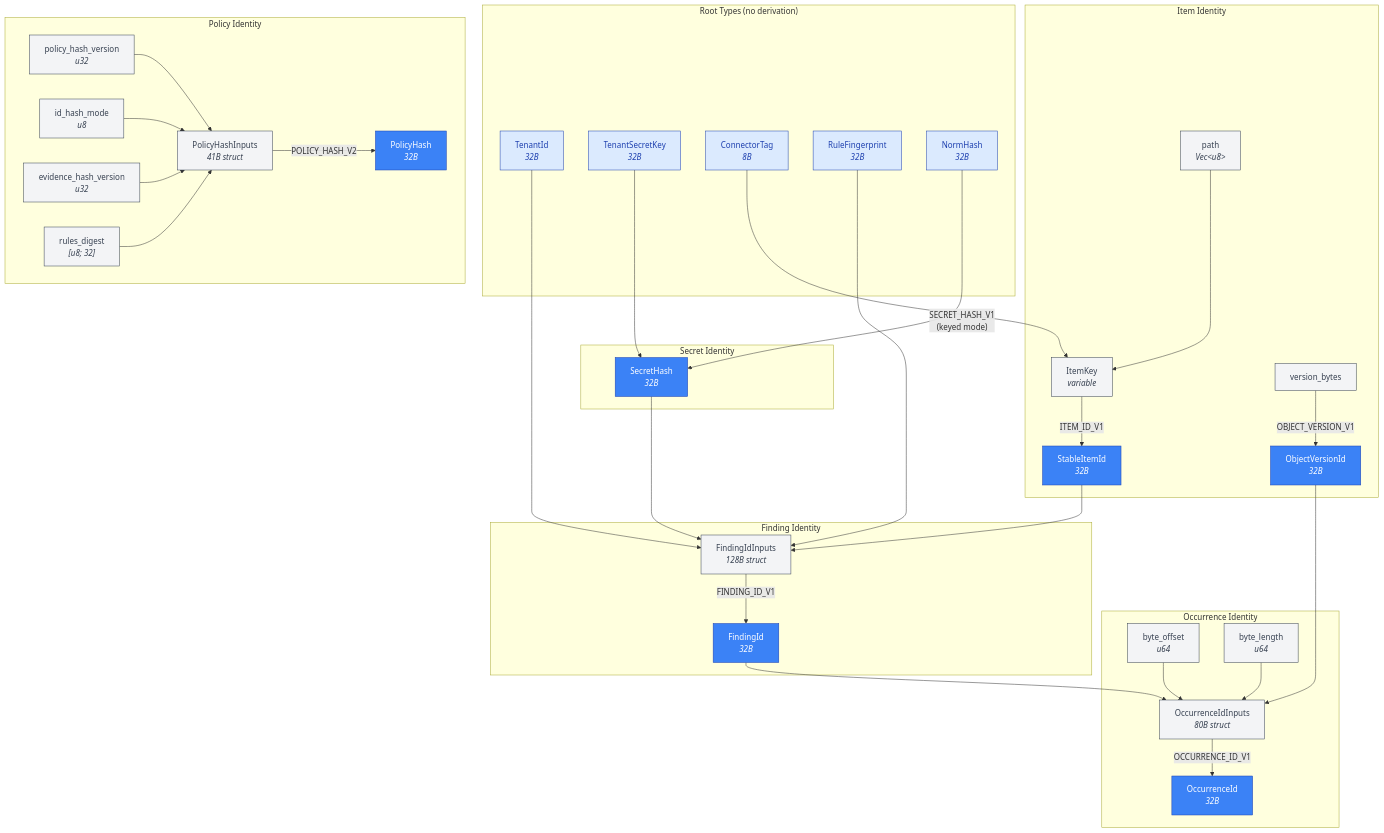
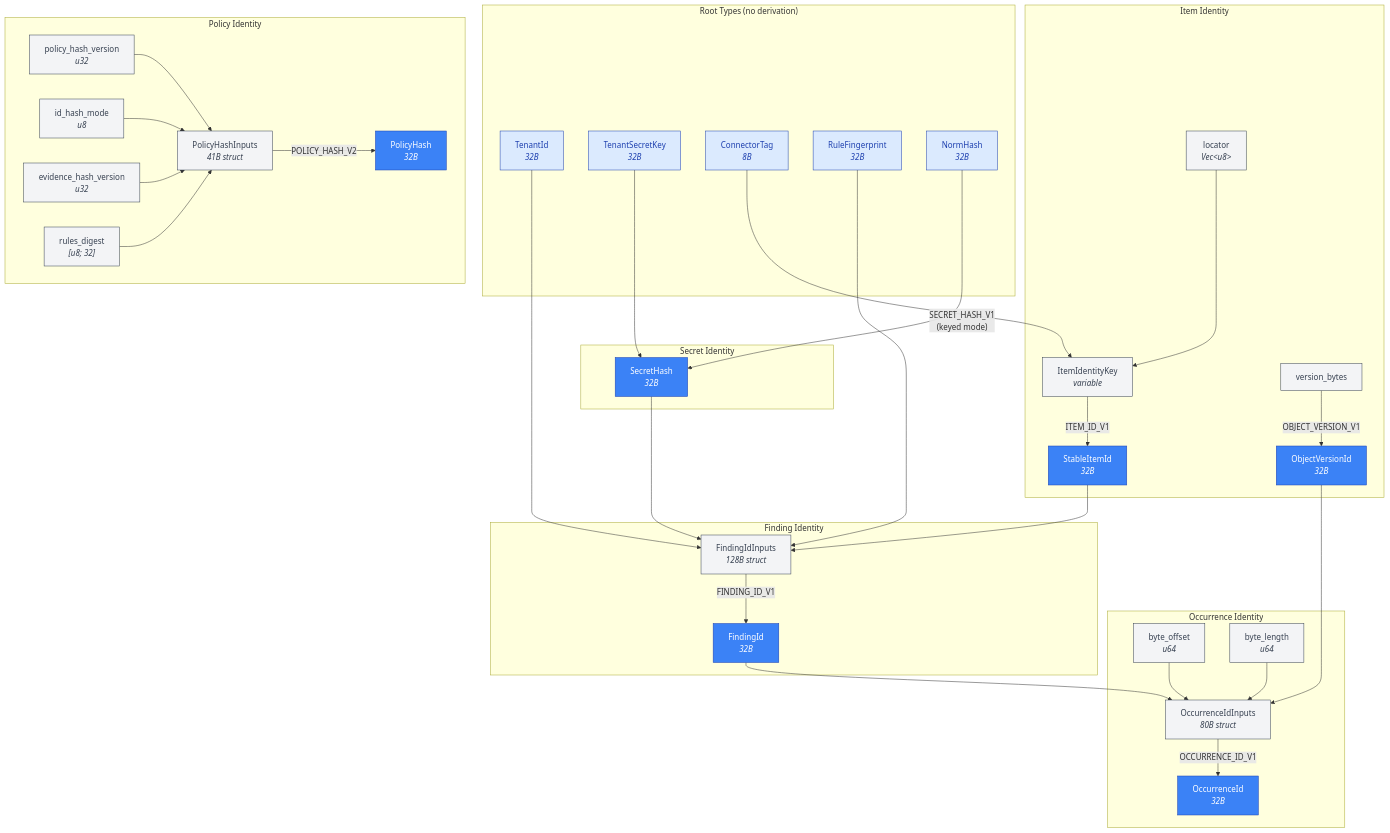
The first of 6 diagrams in diagrams/03-id-derivation-dag.md (ahrav/Gossip-rs), drawn with Mermaid before and after one commit. The commit also changed other lines of this file and 11 other files, not shown here.

First line of the commit message:
Rename `ItemKey` to `ItemIdentityKey` throughout codebase

```diff
--- a/diagrams/03-id-derivation-dag.md
+++ b/diagrams/03-id-derivation-dag.md
@@ -26,8 +26,8 @@
     end
 
     subgraph ItemIdentity ["Item Identity"]
-        path["path<br/><i>Vec&lt;u8&gt;</i>"]
-        ItemKey["ItemKey<br/><i>variable</i>"]
+        locator["locator<br/><i>Vec&lt;u8&gt;</i>"]
+        ItemIdentityKey["ItemIdentityKey<br/><i>variable</i>"]
         StableItemId["StableItemId<br/><i>32B</i>"]
         version_bytes["version_bytes"]
         ObjectVersionId["ObjectVersionId<br/><i>32B</i>"]
@@ -59,9 +59,9 @@
     end
 
     %% Item chain
-    ConnectorTag --> ItemKey
-    path --> ItemKey
-    ItemKey -->|"ITEM_ID_V1"| StableItemId
+    ConnectorTag --> ItemIdentityKey
+    locator --> ItemIdentityKey
+    ItemIdentityKey -->|"ITEM_ID_V1"| StableItemId
     version_bytes -->|"OBJECT_VERSION_V1"| ObjectVersionId
 
     %% Secret chain
@@ -103,12 +103,12 @@
     style OccurrenceId fill:#3B82F6,stroke:#1E40AF,color:#FFFFFF
     style PolicyHash fill:#3B82F6,stroke:#1E40AF,color:#FFFFFF
 
-    style ItemKey fill:#F3F4F6,stroke:#374151,color:#374151
+    style ItemIdentityKey fill:#F3F4F6,stroke:#374151,color:#374151
     style FindingIdInputs fill:#F3F4F6,stroke:#374151,color:#374151
     style OccurrenceIdInputs fill:#F3F4F6,stroke:#374151,color:#374151
     style PolicyHashInputs fill:#F3F4F6,stroke:#374151,color:#374151
 
-    style path fill:#F3F4F6,stroke:#374151,color:#374151
+    style locator fill:#F3F4F6,stroke:#374151,color:#374151
     style version_bytes fill:#F3F4F6,stroke:#374151,color:#374151
     style byte_offset fill:#F3F4F6,stroke:#374151,color:#374151
     style byte_length fill:#F3F4F6,stroke:#374151,color:#374151
```
